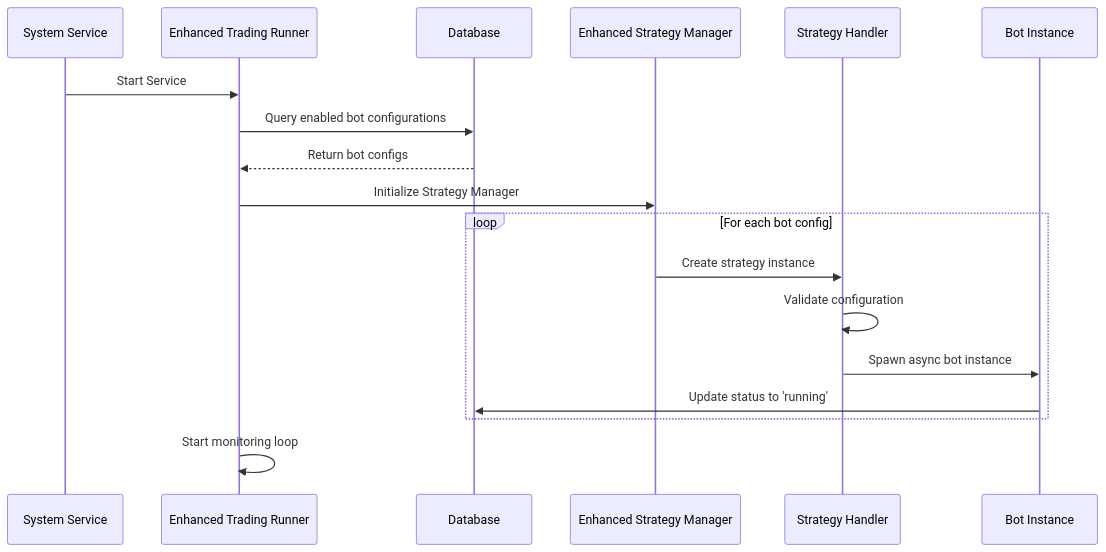
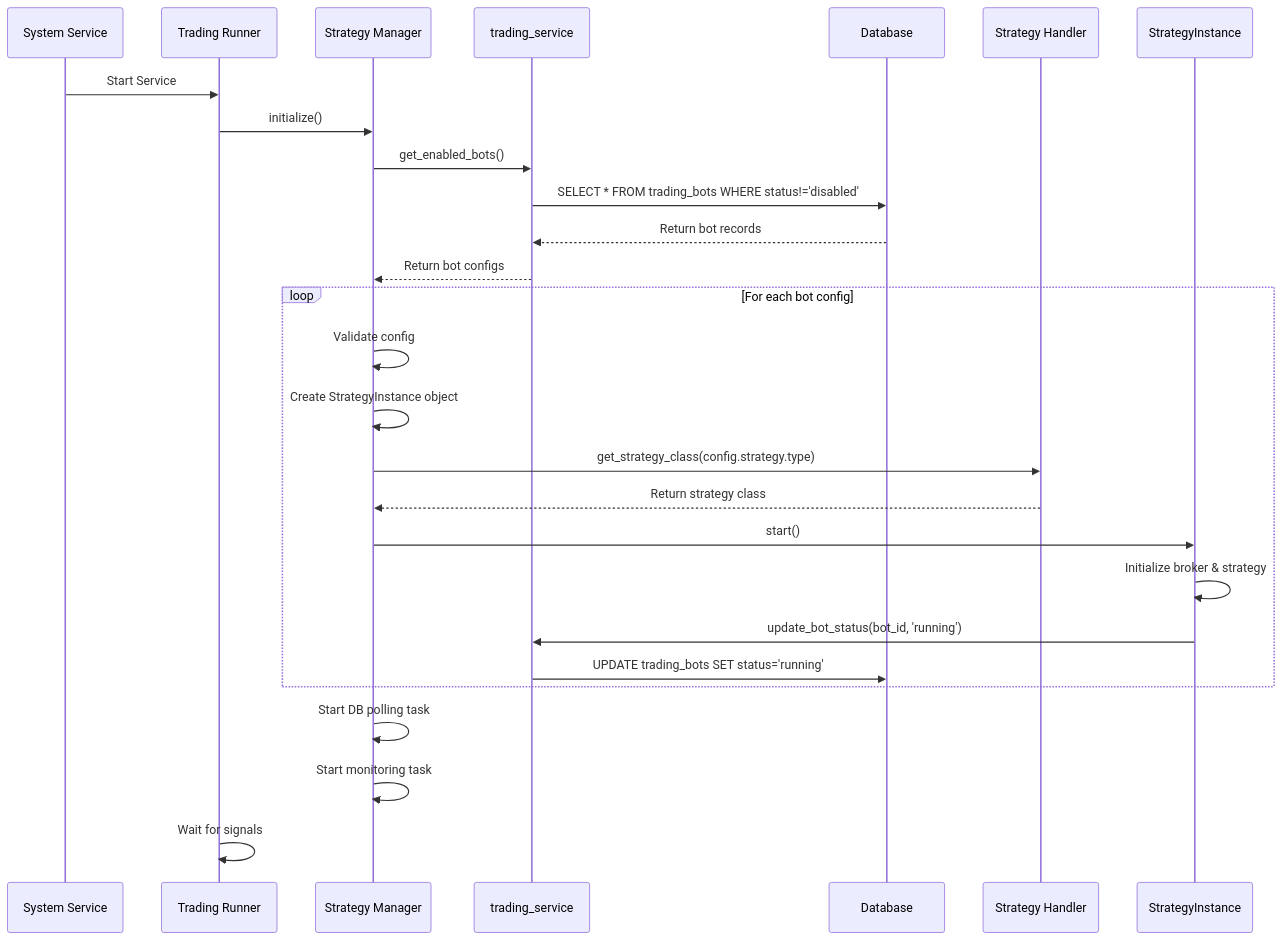
The second of 4 diagrams in .kiro/specs/dynamic-trading-bot-configuration/design.md (iwozere/e-trading), drawn with Mermaid before and after one commit. The commit also changed other lines of this file and 6 other files, not shown here.

````diff
--- a/.kiro/specs/dynamic-trading-bot-configuration/design.md
+++ b/.kiro/specs/dynamic-trading-bot-configuration/design.md
@@ -115,23 +157,32 @@
 ```mermaid
 sequenceDiagram
-    participant SS as System Service
-    participant ETR as Enhanced Trading Runner
+    participant SYS as System Service
+    participant TR as Trading Runner
+    participant SM as Strategy Manager
+    participant TS as trading_service
     participant DB as Database
-    participant ESM as Enhanced Strategy Manager
     participant SH as Strategy Handler
-    participant BI as Bot Instance
-    
-    SS->>ETR: Start Service
-    ETR->>DB: Query enabled bot configurations
-    DB-->>ETR: Return bot configs
-    ETR->>ESM: Initialize Strategy Manager
-    
+    participant SI as StrategyInstance
+
+    SYS->>TR: Start Service
+    TR->>SM: initialize()
+    SM->>TS: get_enabled_bots()
+    TS->>DB: SELECT * FROM trading_bots WHERE status!='disabled'
+    DB-->>TS: Return bot records
+    TS-->>SM: Return bot configs
+
     loop For each bot config
-        ESM->>SH: Create strategy instance
-        SH->>SH: Validate configuration
-        SH->>BI: Spawn async bot instance
-        BI->>DB: Update status to 'running'
+        SM->>SM: Validate config
+        SM->>SM: Create StrategyInstance object
+        SM->>SH: get_strategy_class(config.strategy.type)
+        SH-->>SM: Return strategy class
+        SM->>SI: start()
+        SI->>SI: Initialize broker & strategy
+        SI->>TS: update_bot_status(bot_id, 'running')
+        TS->>DB: UPDATE trading_bots SET status='running'
     end
-    
-    ETR->>ETR: Start monitoring loop
+
+    SM->>SM: Start DB polling task
+    SM->>SM: Start monitoring task
+    TR->>TR: Wait for signals
 ```
````
